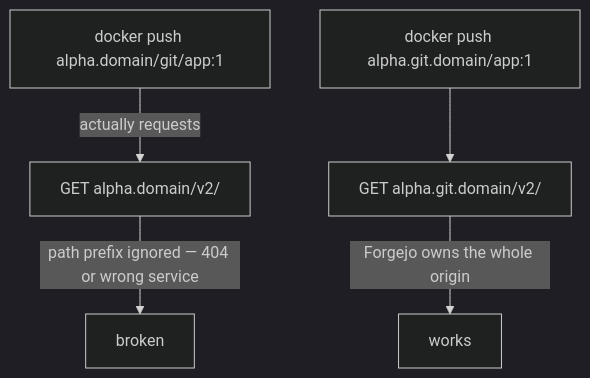
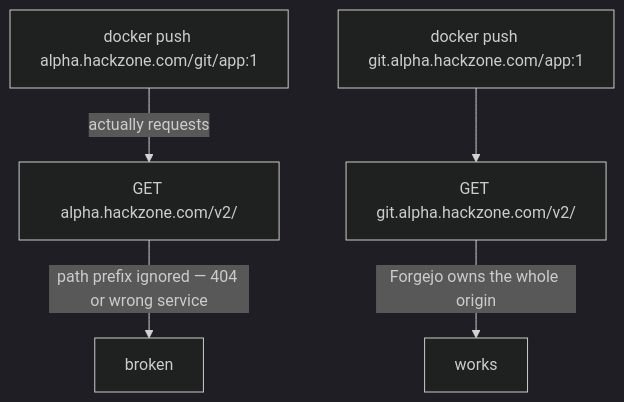
The third of 4 diagrams in docs/architecture.md (johnjoeallen/ignition), drawn with Mermaid (dark theme) before and after one commit. The commit also changed other lines of this file and 19 other files, not shown here.

````diff
--- a/docs/architecture.md
+++ b/docs/architecture.md
@@ -137,7 +140,7 @@
 ```mermaid
 flowchart TB
-    A["docker push alpha.domain/git/app:1"] -->|"actually requests"| B["GET alpha.domain/v2/"]
+    A["docker push alpha.hackzone.com/git/app:1"] -->|"actually requests"| B["GET alpha.hackzone.com/v2/"]
     B -->|"path prefix ignored — 404 or wrong service"| C["broken"]
-    D["docker push alpha.git.domain/app:1"] --> E["GET alpha.git.domain/v2/"]
+    D["docker push git.alpha.hackzone.com/app:1"] --> E["GET git.alpha.hackzone.com/v2/"]
     E -->|"Forgejo owns the whole origin"| F["works"]
 ```
````
